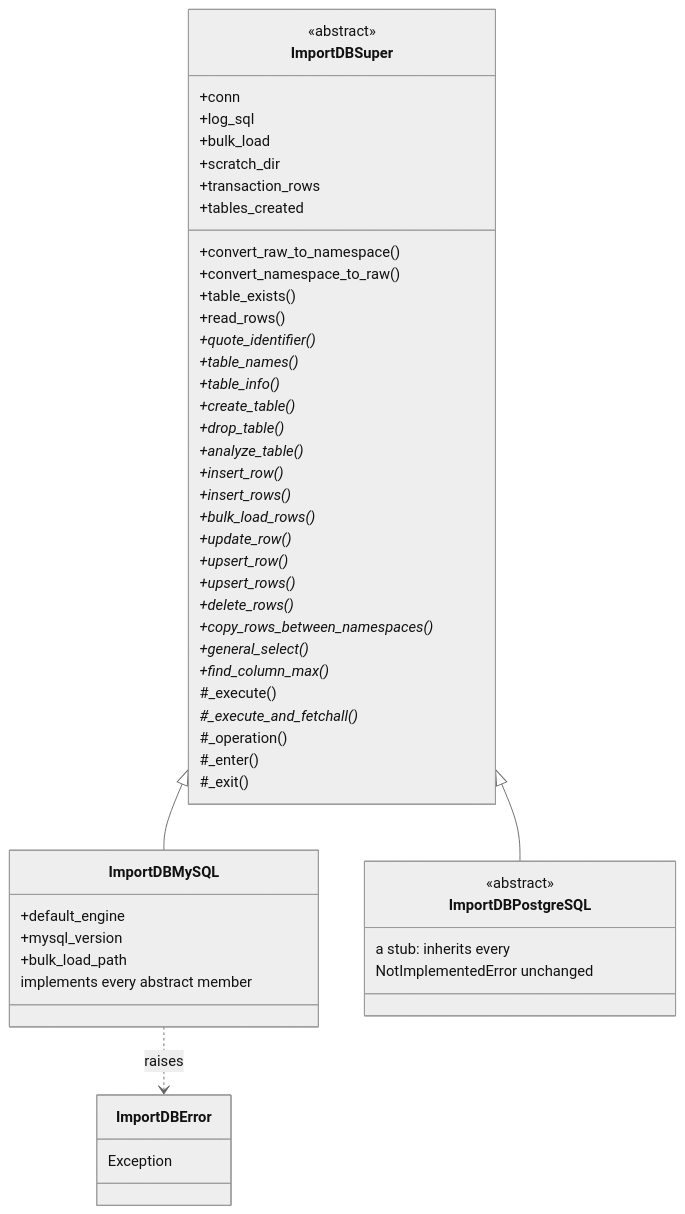
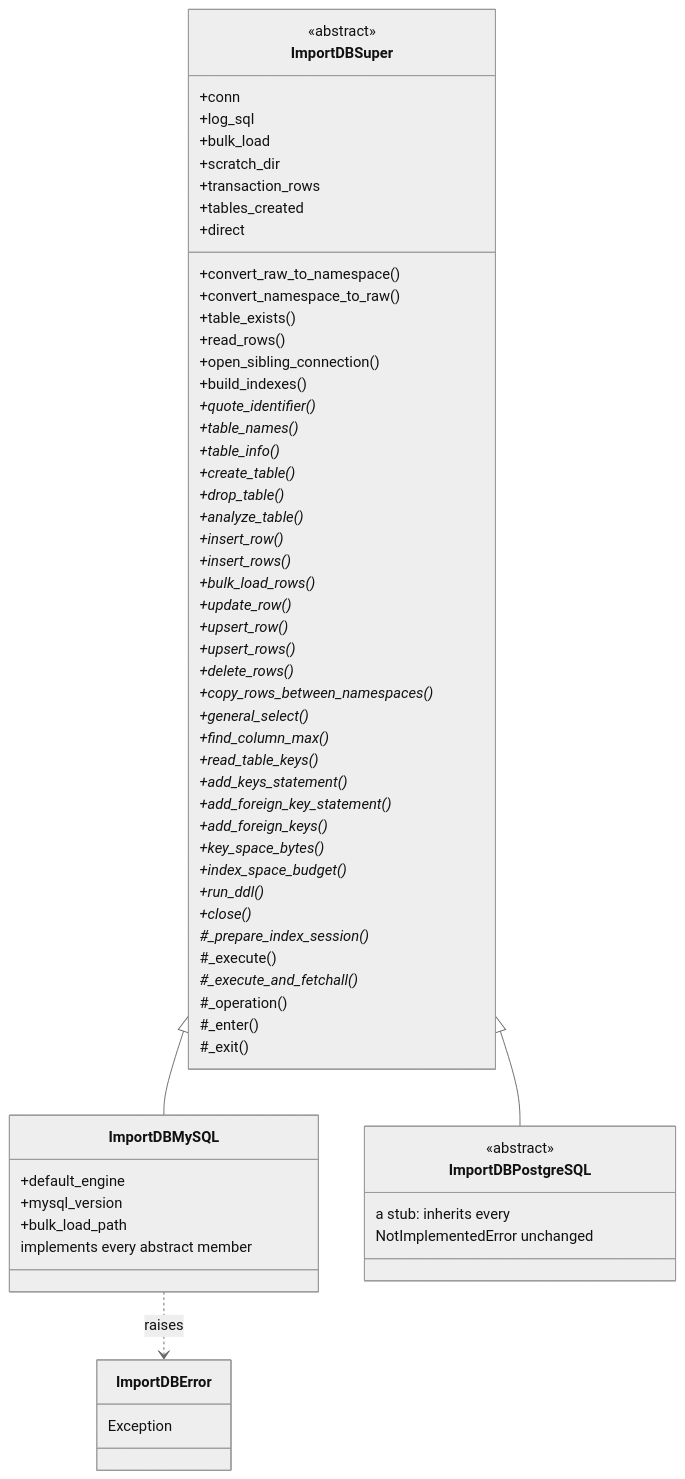
The diagram in docs/dev_guide_import_db.rst (SETI/rms-opus), drawn with Mermaid (neutral theme) before and after one commit. The commit also changed other lines of this file and 67 other files, not shown here.

First line of the commit message:
feat: fresh import a schema directly, with its indexes created once at the end

```diff
--- a/docs/dev_guide_import_db.rst
+++ b/docs/dev_guide_import_db.rst
@@ -25,56 +25,68 @@
 .. mermaid::
     :zoom:
 
     classDiagram
         class ImportDBSuper {
             <<abstract>>
             +conn
             +log_sql
             +bulk_load
             +scratch_dir
             +transaction_rows
             +tables_created
+            +direct
             +convert_raw_to_namespace()
             +convert_namespace_to_raw()
             +table_exists()
             +read_rows()
+            +open_sibling_connection()
+            +build_indexes()
             +quote_identifier()*
             +table_names()*
             +table_info()*
             +create_table()*
             +drop_table()*
             +analyze_table()*
             +insert_row()*
             +insert_rows()*
             +bulk_load_rows()*
             +update_row()*
             +upsert_row()*
             +upsert_rows()*
             +delete_rows()*
             +copy_rows_between_namespaces()*
             +general_select()*
             +find_column_max()*
+            +read_table_keys()*
+            +add_keys_statement()*
+            +add_foreign_key_statement()*
+            +add_foreign_keys()*
+            +key_space_bytes()*
+            +index_space_budget()*
+            +run_ddl()*
+            +close()*
+            #_prepare_index_session()*
             #_execute()
             #_execute_and_fetchall()*
             #_operation()
             #_enter()
             #_exit()
         }
         class ImportDBMySQL {
             +default_engine
             +mysql_version
             +bulk_load_path
             implements every abstract member
         }
         class ImportDBPostgreSQL {
             <<abstract>>
             a stub: inherits every
             NotImplementedError unchanged
         }
         class ImportDBError {
             Exception
         }
 
         ImportDBSuper <|-- ImportDBMySQL
         ImportDBSuper <|-- ImportDBPostgreSQL
         ImportDBMySQL ..> ImportDBError : raises
```
